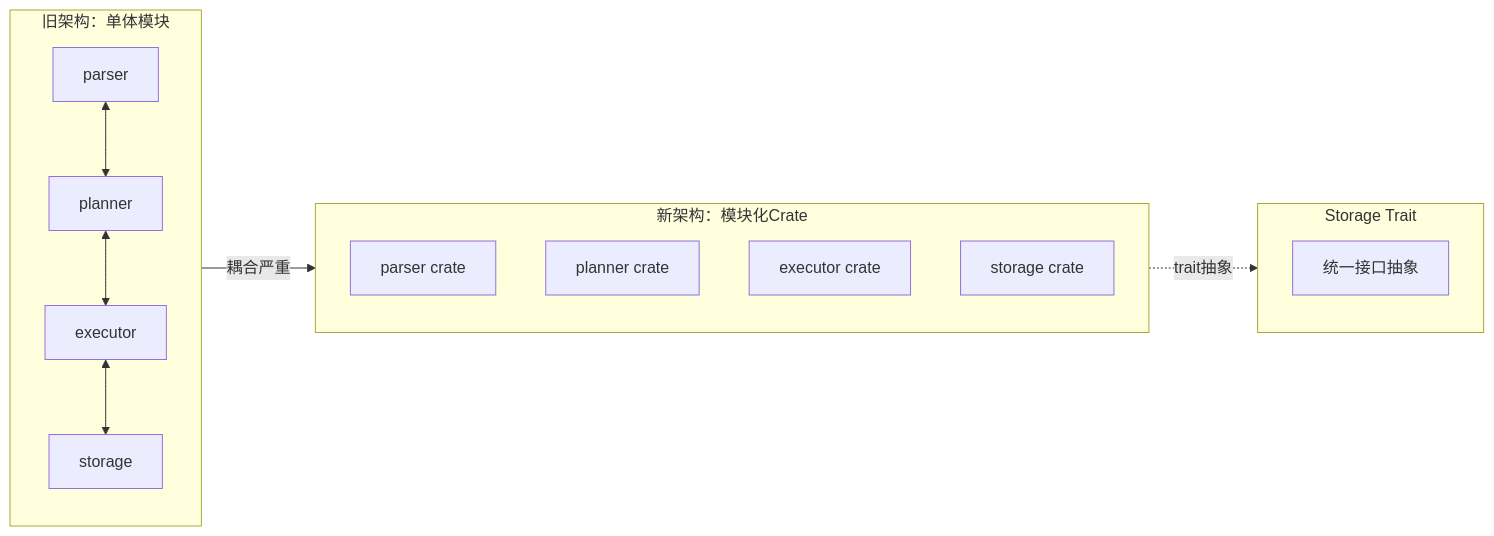
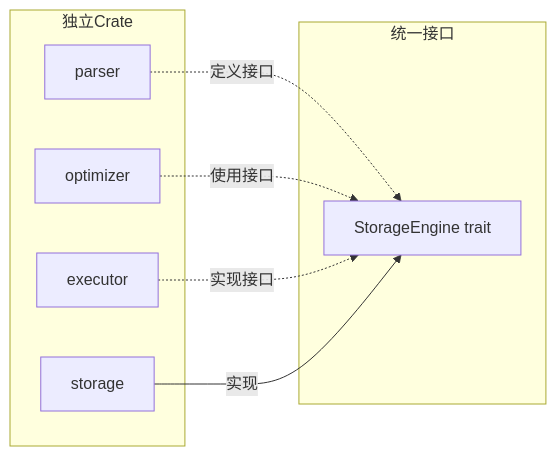
The sixth of 36 diagrams in docs/tutorials/教学计划/PPT/第5讲-架构设计原理与SQLRustGo架构.md (yinglichina8848/sqlrustgo), drawn with Mermaid before and after one commit. The commit also changed other lines of this file and 1 other file, not shown here.

First line of the commit message:
docs: comprehensive architecture lecture for SQLRustGo v1.0.0

````diff
--- a/docs/tutorials/教学计划/PPT/第5讲-架构设计原理与SQLRustGo架构.md
+++ b/docs/tutorials/教学计划/PPT/第5讲-架构设计原理与SQLRustGo架构.md
@@ -385,24 +205,18 @@
 ```mermaid
 flowchart LR
-    subgraph Old["旧架构：单体模块"]
-        O1[parser]
-        O2[planner]
-        O3[executor]
-        O4[storage]
-        O1 <--> O2 <--> O3 <--> O4
+    subgraph Crates["独立Crate"]
+        P[parser]
+        O[optimizer]
+        E[executor]
+        S[storage]
     end
 
-    subgraph New["新架构：模块化Crate"]
-        N1[parser crate]
-        N2[planner crate]
-        N3[executor crate]
-        N4[storage crate]
+    subgraph Trait["统一接口"]
+        T[StorageEngine trait]
     end
 
-    subgraph Trait["Storage Trait"]
-        T[统一接口抽象]
-    end
-
-    Old -->|"耦合严重"| New
-    New -.->|"trait抽象"| Trait
+    P -.->|"定义接口"| T
+    O -.->|"使用接口"| T
+    E -.->|"实现接口"| T
+    S -->|"实现"| T
 ```
````
